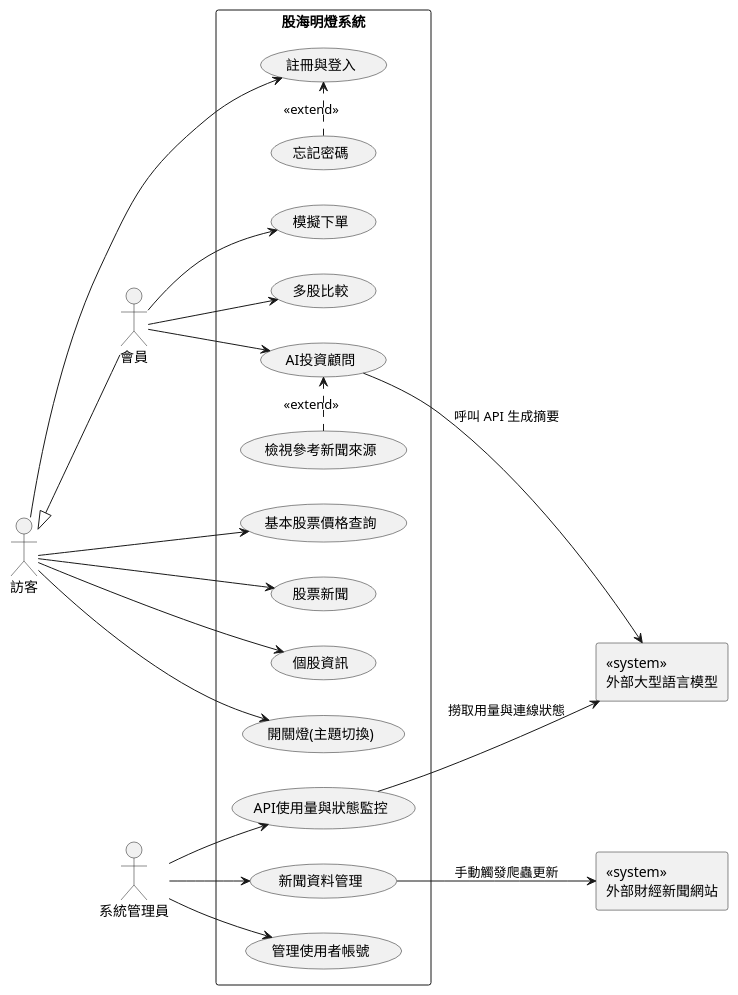
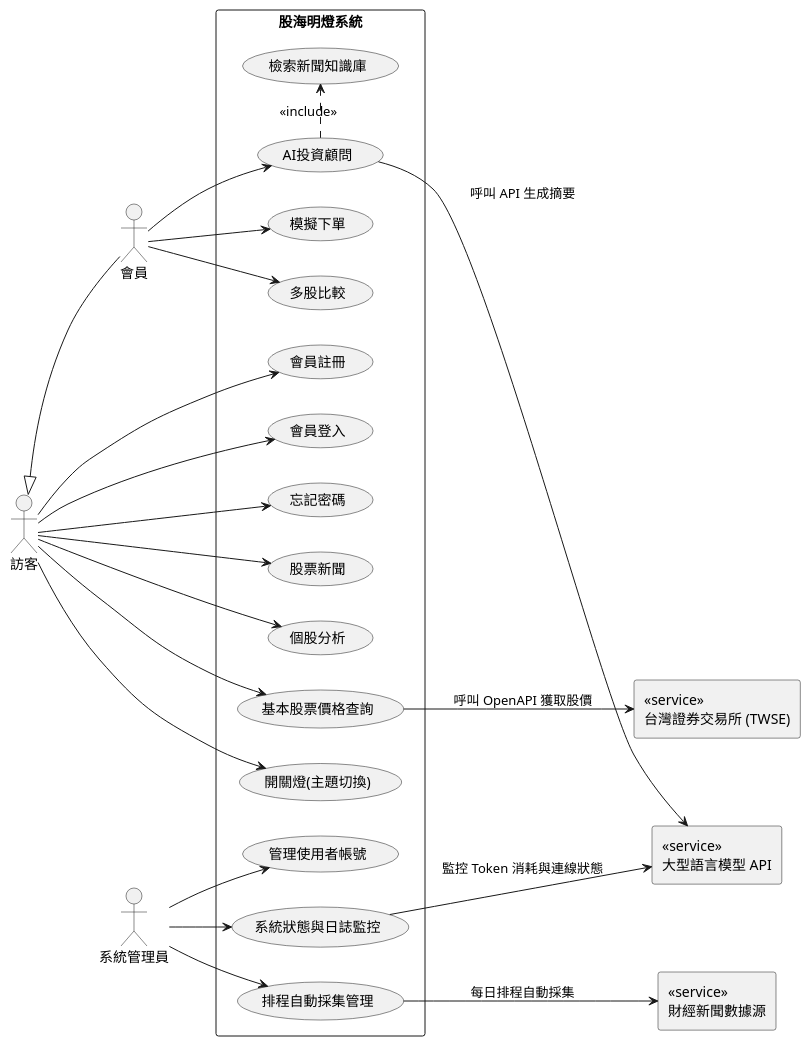
The diagram in docs/圖檔/Usecase.puml (weeei001/115409), drawn with PlantUML before and after one commit. The commit also changed 2 other files, not shown here.

```diff
--- a/docs/圖檔/Usecase.puml
+++ b/docs/圖檔/Usecase.puml
@@ -1,66 +1,71 @@
 @startuml 股海明燈系統Use Case Diagram
 left to right direction
 skinparam packageStyle rectangle
 skinparam shadowing false
 
 ' 定義左邊的主動參與者
 actor "訪客" as Guest
 actor "會員" as Member
 actor "系統管理員" as Admin
 
 ' 會員繼承訪客權限
 Guest <|-- Member 
 
-' 定義右邊的被動參與者(外部系統)
-rectangle "<<system>>\n外部大型語言模型" as LLM
-rectangle "<<system>>\n外部財經新聞網站" as NewsSource
+' 定義右邊的被動參與者 (第三方整合服務)
+rectangle "<<service>>\n大型語言模型 API" as LLM
+rectangle "<<service>>\n台灣證券交易所 (TWSE)" as TWSE
+rectangle "<<service>>\n財經新聞數據源" as NewsSource
 
 rectangle "股海明燈系統" {
   ' 前台基礎功能
-  usecase "註冊與登入" as UC_Login
+  usecase "會員註冊" as UC_Register
+  usecase "會員登入" as UC_Login
+  usecase "忘記密碼" as UC_ForgotPwd
+  usecase "股票新聞" as UC_News
+  usecase "個股分析" as UC_Info
   usecase "基本股票價格查詢" as UC_Price
-  usecase "股票新聞" as UC_News
-  usecase "個股資訊" as UC_Info
   usecase "開關燈(主題切換)" as UC_Theme
   
+
+
+  ' 前台延伸/輔助功能
+  usecase "檢索新聞知識庫" as UC_Source
   usecase "模擬下單" as UC_Trade
   usecase "AI投資顧問" as UC_AI
   usecase "多股比較" as UC_Compare
 
-  ' 前台延伸功能
-  usecase "忘記密碼" as UC_ForgotPwd
-  usecase "檢視參考新聞來源" as UC_Source
-
   ' 後台管理功能
   usecase "管理使用者帳號" as UC_ManageUsers
-  usecase "新聞資料管理" as UC_ManageNews
-  usecase "API使用量與狀態監控" as UC_MonitorAPI
+  usecase "排程自動採集管理" as UC_ManageNews
+  usecase "系統狀態與日誌監控" as UC_MonitorStatus
 }
 
 ' 訪客連線
+Guest --> UC_Register
 Guest --> UC_Login
+Guest --> UC_ForgotPwd
 Guest --> UC_Price
 Guest --> UC_News
 Guest --> UC_Info
 Guest --> UC_Theme
 
 ' 會員連線
 Member --> UC_Trade
 Member --> UC_AI
 Member --> UC_Compare
 
 ' 管理員連線
 Admin --> UC_ManageUsers
 Admin --> UC_ManageNews
-Admin --> UC_MonitorAPI
+Admin --> UC_MonitorStatus
 
-' 延伸關係
-UC_ForgotPwd .> UC_Login : <<extend>>
-UC_Source .> UC_AI : <<extend>>
+' 包含關係
+UC_AI .> UC_Source : <<include>>
 
-' 外部系統連線
+' 第三方服務連線
 UC_AI --> LLM : 呼叫 API 生成摘要
-UC_MonitorAPI --> LLM : 撈取用量與連線狀態
-UC_ManageNews --> NewsSource : 手動觸發爬蟲更新
+UC_Price --> TWSE : 呼叫 OpenAPI 獲取股價
+UC_MonitorStatus --> LLM : 監控 Token 消耗與連線狀態
+UC_ManageNews --> NewsSource : 每日排程自動採集
 
 @enduml
```
